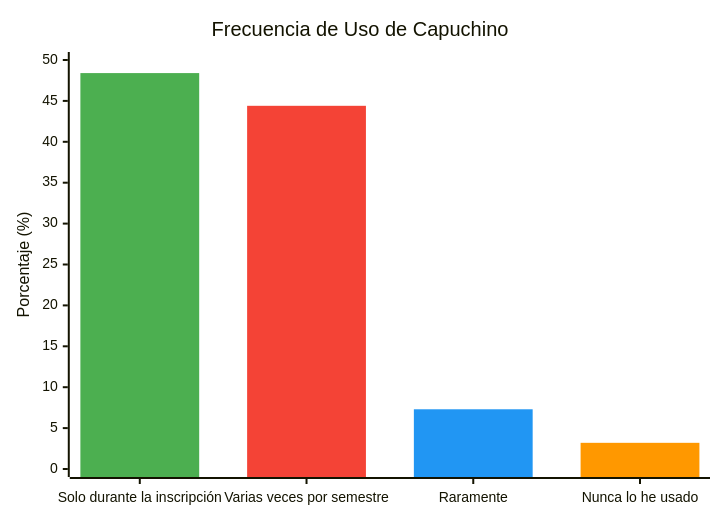
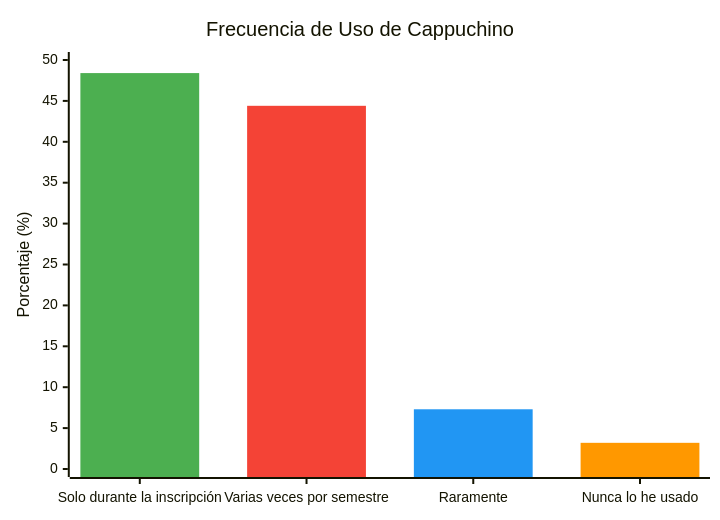
The diagram in images/diagrams/encuesta_uso_capuchino.mmd (smith-3/Taller-Grado-II), drawn with Mermaid before and after one commit. The commit also changed 27 other files, not shown here.

```diff
--- a/images/diagrams/encuesta_uso_capuchino.mmd
+++ b/images/diagrams/encuesta_uso_capuchino.mmd
@@ -1,20 +1,20 @@
 %%{init: {
   'theme': 'default',
   'themeVariables': {
     'xyChart': {
       'plotColorPalette': '#4CAF50, #F44336, #2196F3, #FF9800'
     }
   }
 }}%%
 xychart-beta
-    title "Frecuencia de Uso de Capuchino"
+    title "Frecuencia de Uso de Cappuchino"
     x-axis ["Solo durante la inscripción", "Varias veces por semestre", "Raramente", "Nunca lo he usado"]
     y-axis "Porcentaje (%)" 0 --> 50
     %% Solo durante la inscripción -> verde
     bar [48.4, -1.9, -1.9, -1.9]
     %% Varias veces por semestre -> rojo
     bar [-1.9, 44.4, -1.9, -1.9]
     %% Raramente -> azul
     bar [-1.9, -1.9, 7.3, -1.9]
     %% Nunca lo he usado -> naranja
     bar [-1.9, -1.9, -1.9, 3.2]
```
